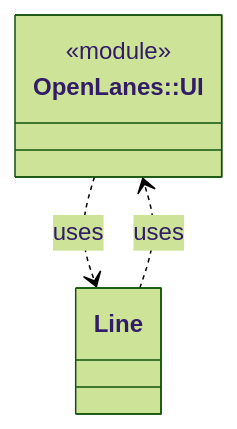
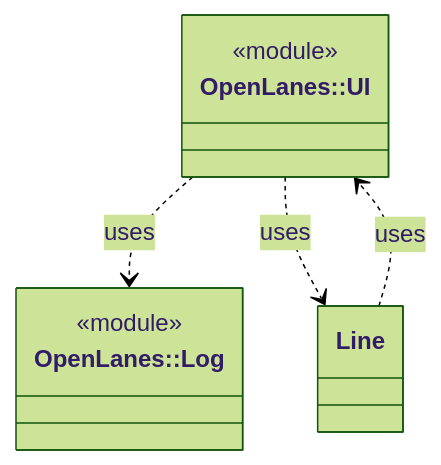
The diagram in docs/architecture/openlanes-ui.md (kigster/openlanes), drawn with Mermaid (forest theme) before and after one commit. The commit also changed 33 other files, not shown here.

````diff
--- a/docs/architecture/openlanes-ui.md
+++ b/docs/architecture/openlanes-ui.md
@@ -5,8 +5,11 @@
 ```mermaid
 classDiagram
+  class OpenLanes__Log["OpenLanes::Log"]
+  <<module>> OpenLanes__Log
   class OpenLanes__UI["OpenLanes::UI"]
   <<module>> OpenLanes__UI
   class OpenLanes__UI__Line["Line"]
+  OpenLanes__UI ..> OpenLanes__Log : uses
   OpenLanes__UI ..> OpenLanes__UI__Line : uses
   OpenLanes__UI__Line ..> OpenLanes__UI : uses
 ```
````
